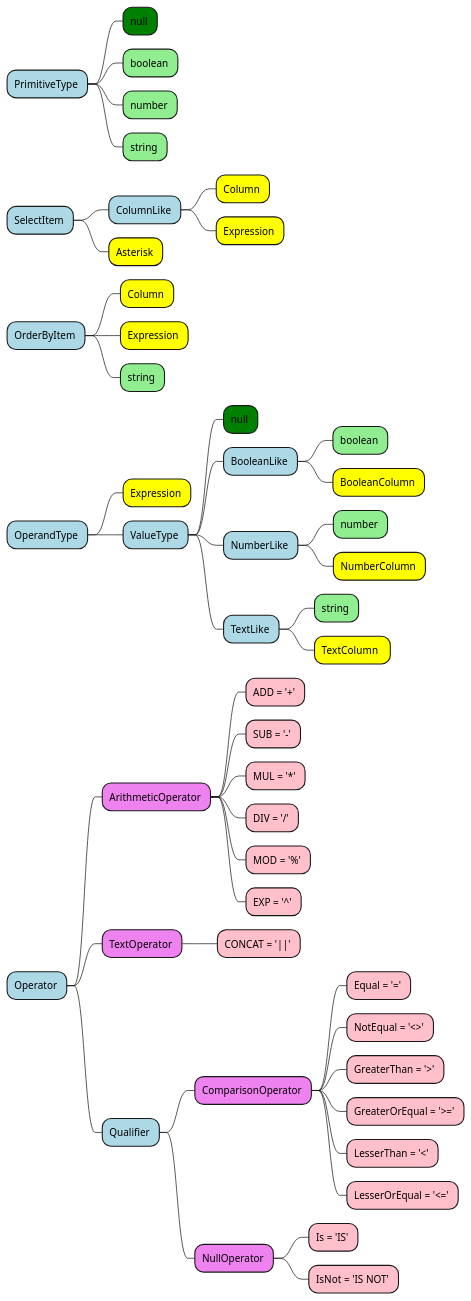
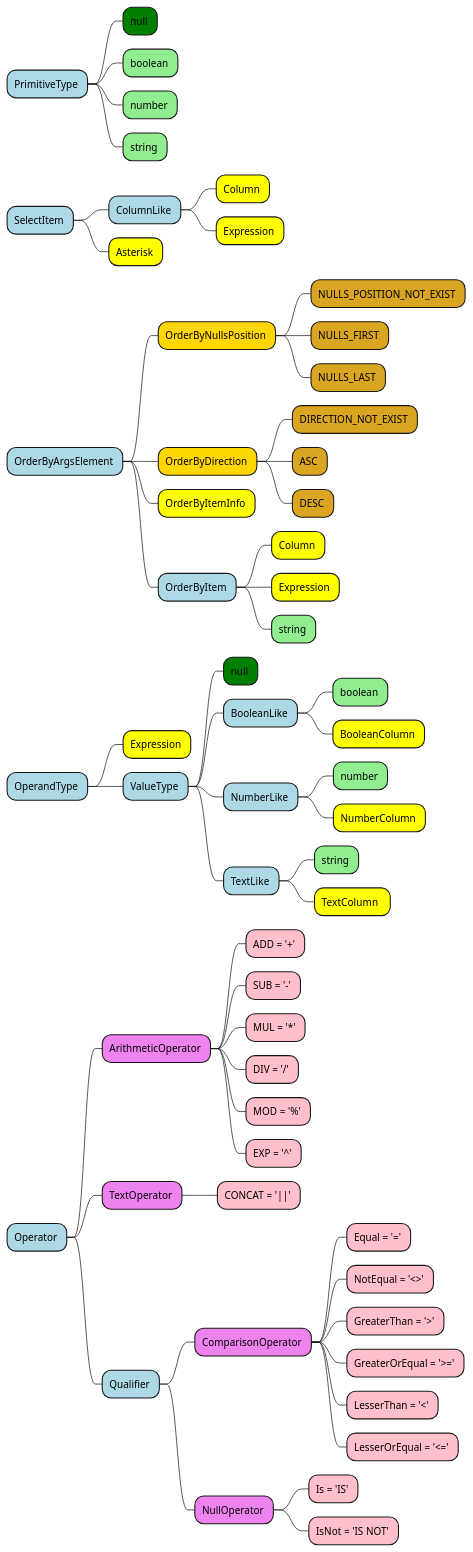
Before and after one commit to amerharb/sedk: the diagram in doc/Types.puml, drawn with PlantUML. The commit also changed 10 other files, not shown here.

```diff
--- a/doc/Types.puml
+++ b/doc/Types.puml
@@ -1,79 +1,95 @@
 @startmindmap
 
 <style>
 mindmapDiagram {
   .primitive {
-    BackgroundColor lightgreen
+    BackgroundColor #lightgreen
   }
   .type {
     BackgroundColor #lightblue
   }
+  .abstractClass {
+    BackgroundColor #Gold
+  }
+  .singleToneClass {
+    BackgroundColor #GoldenRod
+  }
   .class {
-    BackgroundColor #yellow
+    BackgroundColor #Yellow
   }
   .null {
     BackgroundColor #green
   }
   .enum {
     BackgroundColor #violet
   }
   .enumItem {
     BackgroundColor #pink
   }
 }
 </style>
 
 * PrimitiveType <<type>>
 ** null <<null>>
 ** boolean <<primitive>>
 ** number <<primitive>>
 ** string <<primitive>>
 
 * SelectItem <<type>>
 ** ColumnLike <<type>>
 *** Column <<class>>
 *** Expression <<class>>
 ** Asterisk <<class>>
 
-* OrderByItem <<type>>
-** Column <<class>>
-** Expression <<class>>
-** string <<primitive>>
+* OrderByArgsElement <<type>>
+** OrderByNullsPosition <<abstractClass>>
+*** NULLS_POSITION_NOT_EXIST <<singleToneClass>>
+*** NULLS_FIRST <<singleToneClass>>
+*** NULLS_LAST <<singleToneClass>>
+** OrderByDirection <<abstractClass>>
+*** DIRECTION_NOT_EXIST <<singleToneClass>>
+*** ASC <<singleToneClass>>
+*** DESC <<singleToneClass>>
+** OrderByItemInfo <<class>>
+** OrderByItem <<type>>
+*** Column <<class>>
+*** Expression <<class>>
+*** string <<primitive>>
 
 * OperandType <<type>>
 ** Expression <<class>>
 ** ValueType <<type>>
 *** null <<null>>
 *** BooleanLike <<type>>
 **** boolean <<primitive>>
 **** BooleanColumn <<class>>
 *** NumberLike <<type>>
 **** number <<primitive>>
 **** NumberColumn <<class>>
 *** TextLike <<type>>
 **** string <<primitive>>
 **** TextColumn  <<class>>
 
 * Operator <<type>>
 ** ArithmeticOperator <<enum>>
 *** ADD = '+' <<enumItem>>
 *** SUB = '-' <<enumItem>>
 *** MUL = '*' <<enumItem>>
 *** DIV = '/' <<enumItem>>
 *** MOD = '%' <<enumItem>>
 *** EXP = '^' <<enumItem>>
 ** TextOperator <<enum>>
 *** CONCAT = '||' <<enumItem>>
 ** Qualifier <<type>>
 *** ComparisonOperator <<enum>>
 **** Equal = '=' <<enumItem>>
 **** NotEqual = '<>' <<enumItem>>
 **** GreaterThan = '>' <<enumItem>>
 **** GreaterOrEqual = '>=' <<enumItem>>
 **** LesserThan = '<' <<enumItem>>
 **** LesserOrEqual = '<=' <<enumItem>>
 *** NullOperator <<enum>>
 **** Is = 'IS' <<enumItem>>
 **** IsNot = 'IS NOT' <<enumItem>>
 
 @endmindmap
```
